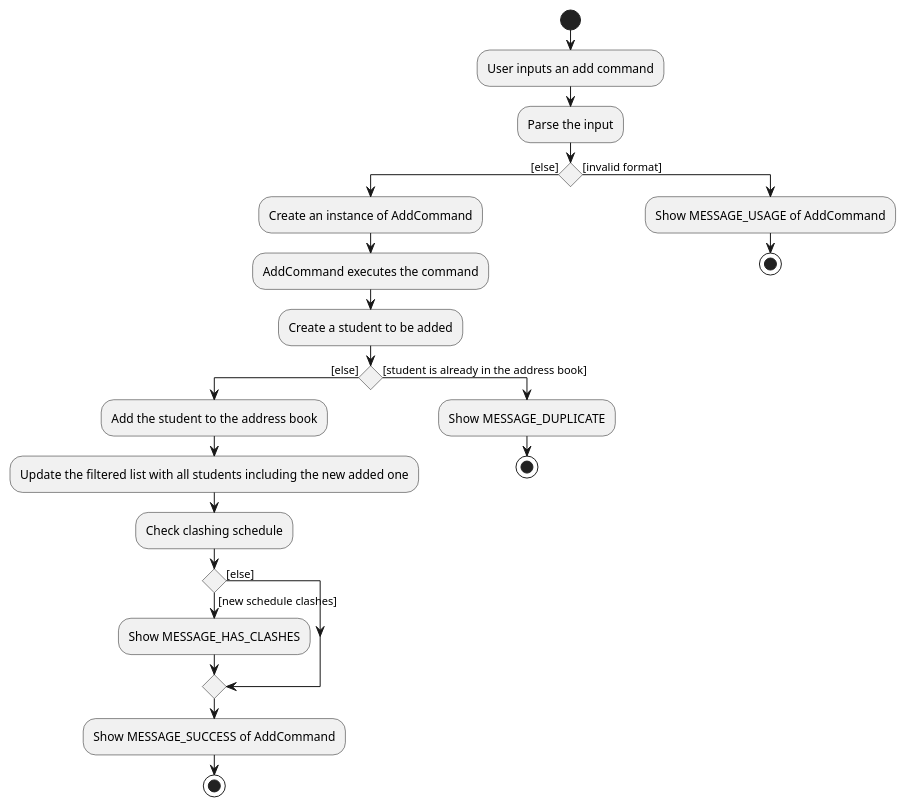
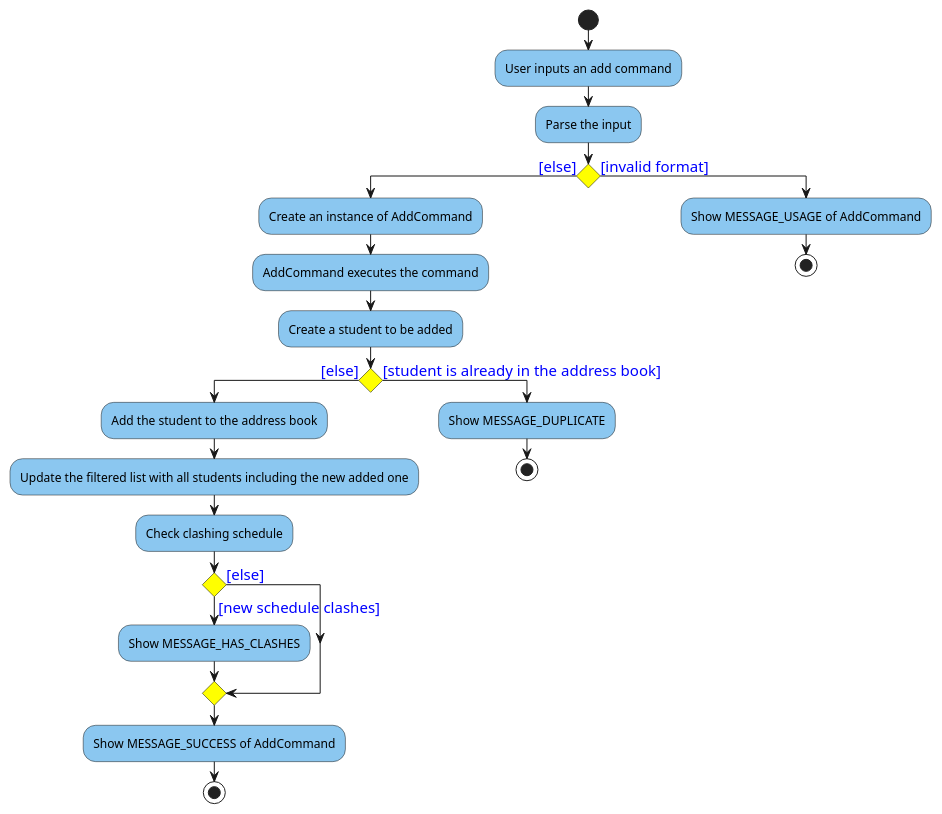
One commit to nus-cs2103-AY2425S1/tp changed the diagram in docs/diagrams/AddActivityDiagram.puml. Above: the diagram before and after it, drawn with PlantUML.

Commit message:
Apply style to the diagram

```diff
--- a/docs/diagrams/AddActivityDiagram.puml
+++ b/docs/diagrams/AddActivityDiagram.puml
@@ -1,30 +1,57 @@
 @startuml
 'https://plantuml.com/activity-diagram-beta
+<style>
+activityDiagram {
+  activity {
+    BackgroundColor #8bc7f0
+    BorderColor #33668E
+    FontColor #000000
+    FontName arial
+  }
+
+  diamond {
+    BackgroundColor yellow
+    LineColor #000000
+    FontColor green
+    FontName arial
+    FontSize 15
+  }
+
+  arrow {
+    FontColor blue
+    FontName arial
+    FontSize 15
+  }
+}
+document {
+   BackgroundColor transparent
+}
+</style>
 
 start
 :User inputs an add command;
 :Parse the input;
 if () then ([else])
   :Create an instance of AddCommand;
   :AddCommand executes the command;
   :Create a student to be added;
   if () then ([else])
     :Add the student to the address book;
     :Update the filtered list with all students including the new added one;
     :Check clashing schedule;
     if () then ([new schedule clashes])
       :Show MESSAGE_HAS_CLASHES;
     else ([else])
     endif
     :Show MESSAGE_SUCCESS of AddCommand;
     stop
   else ([student is already in the address book])
     :Show MESSAGE_DUPLICATE;
     stop
   endif
 else ([invalid format])
     :Show MESSAGE_USAGE of AddCommand;
     stop
 endif
 
 @enduml
```
